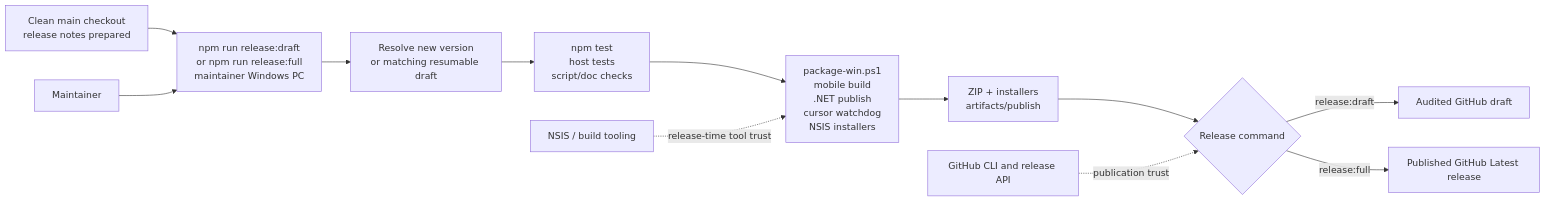
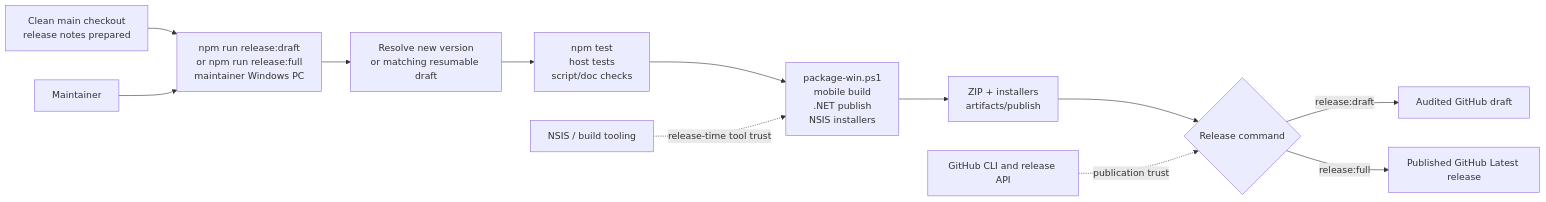
The fourth of 4 diagrams in docs/security-architecture-diagrams.md (voltura/voltura-air), drawn with Mermaid before and after one commit. The commit also changed 35 other files, not shown here.

````diff
--- a/docs/security-architecture-diagrams.md
+++ b/docs/security-architecture-diagrams.md
@@ -77,15 +77,15 @@
 ```mermaid
 flowchart LR
   Source["Clean main checkout\nrelease notes prepared"] --> Local["npm run release:draft\nor npm run release:full\nmaintainer Windows PC"]
   Local --> Guard["Resolve new version\nor matching resumable draft"]
   Guard --> Test["npm test\nhost tests\nscript/doc checks"]
-  Test --> Package["package-win.ps1\nmobile build\n.NET publish\ncursor watchdog\nNSIS installers"]
+  Test --> Package["package-win.ps1\nmobile build\n.NET publish\nNSIS installers"]
   Package --> Artifacts["ZIP + installers\nartifacts/publish"]
   Artifacts --> Mode{"Release command"}
   Mode -->|"release:draft"| Draft["Audited GitHub draft"]
   Mode -->|"release:full"| Public["Published GitHub Latest release"]
 
   GitHub["GitHub CLI and release API"] -. "publication trust" .-> Mode
   Tooling["NSIS / build tooling"] -. "release-time tool trust" .-> Package
   Maintainer["Maintainer"] --> Local
 ```
````
